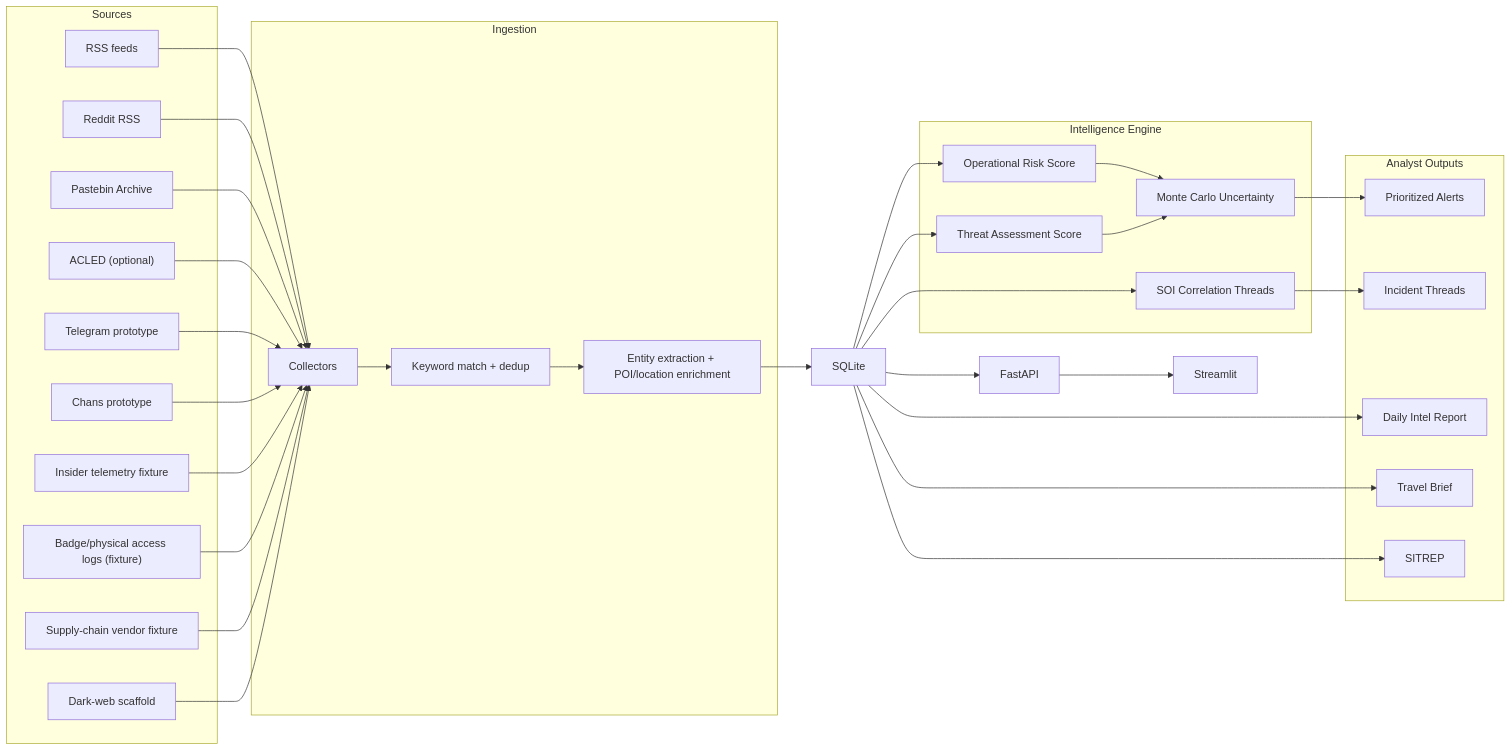
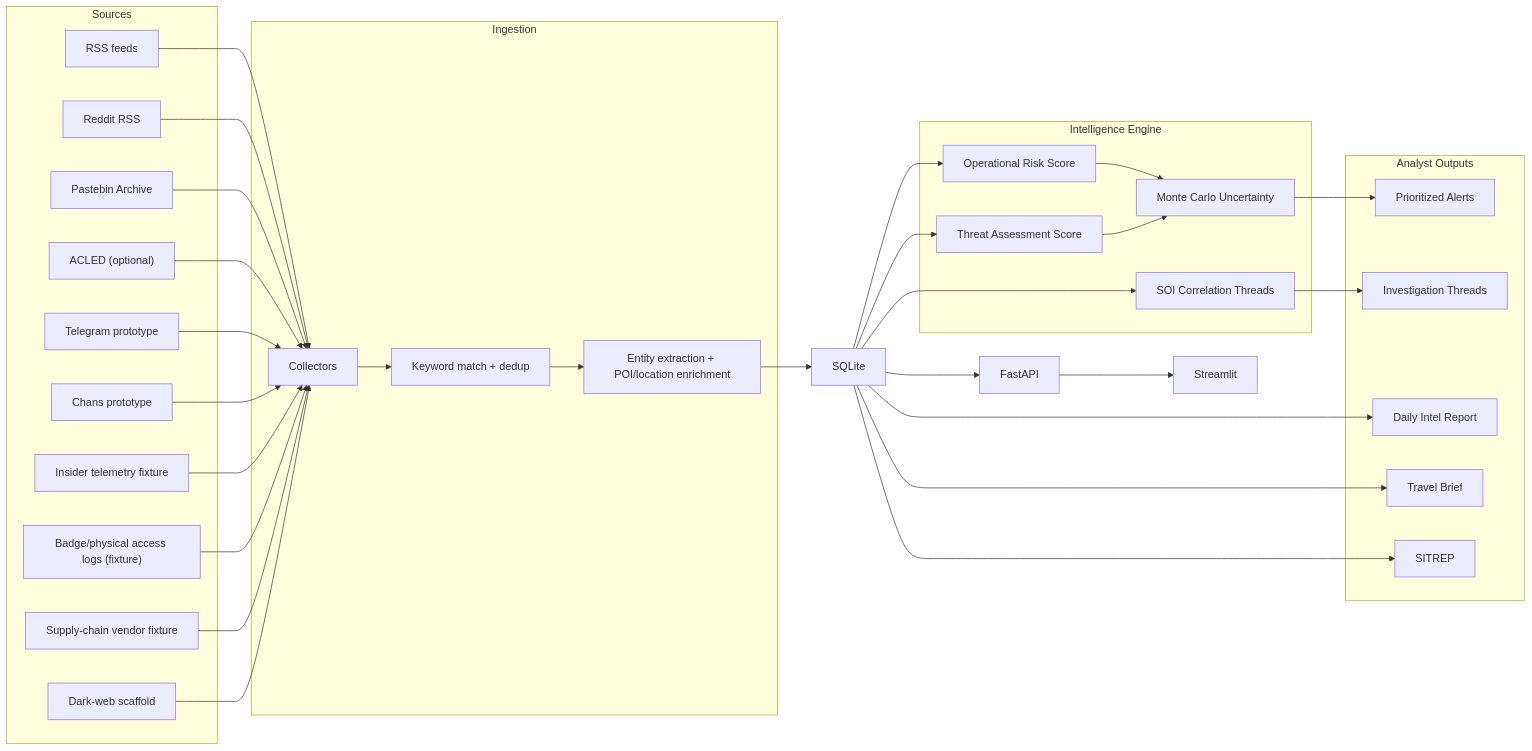
One commit to wksprojects/protective-intelligence-assistant changed the first of 2 diagrams in README.md. Above: the diagram before and after it, drawn with Mermaid. The commit also changed other lines of this file and 9 other files, not shown here.

````diff
--- a/README.md
+++ b/README.md
@@ -117,66 +128,66 @@
 ```mermaid
 flowchart LR
     subgraph Sources
         RSS["RSS feeds"]
         Reddit["Reddit RSS"]
         Paste["Pastebin Archive"]
         ACLED["ACLED (optional)"]
         TG["Telegram prototype"]
         Chans["Chans prototype"]
         Insider["Insider telemetry fixture"]
         Physical["Badge/physical access logs (fixture)"]
         Vendor["Supply-chain vendor fixture"]
         DW["Dark-web scaffold"]
     end
 
     subgraph Ingestion
         Collect["Collectors"]
         Match["Keyword match + dedup"]
         Extract["Entity extraction + POI/location enrichment"]
     end
 
     subgraph Intelligence Engine
         Corr["SOI Correlation Threads"]
         ORS["Operational Risk Score"]
         TAS["Threat Assessment Score"]
         MC["Monte Carlo Uncertainty"]
     end
 
     subgraph Analyst Outputs
         Alerts["Prioritized Alerts"]
-        Threads["Incident Threads"]
+        Threads["Investigation Threads"]
         Daily["Daily Intel Report"]
         Travel["Travel Brief"]
         SITREP["SITREP"]
     end
 
     DB["SQLite"]
     API["FastAPI"]
     UI["Streamlit"]
 
     RSS --> Collect
     Reddit --> Collect
     Paste --> Collect
     ACLED --> Collect
     TG --> Collect
     Chans --> Collect
     Insider --> Collect
     Physical --> Collect
     Vendor --> Collect
     DW --> Collect
 
     Collect --> Match --> Extract --> DB
     DB --> Corr
     DB --> ORS
     DB --> TAS
     ORS --> MC
     TAS --> MC
 
     Corr --> Threads
     MC --> Alerts
     DB --> Daily
     DB --> Travel
     DB --> SITREP
 
     DB --> API --> UI
 ```
````
